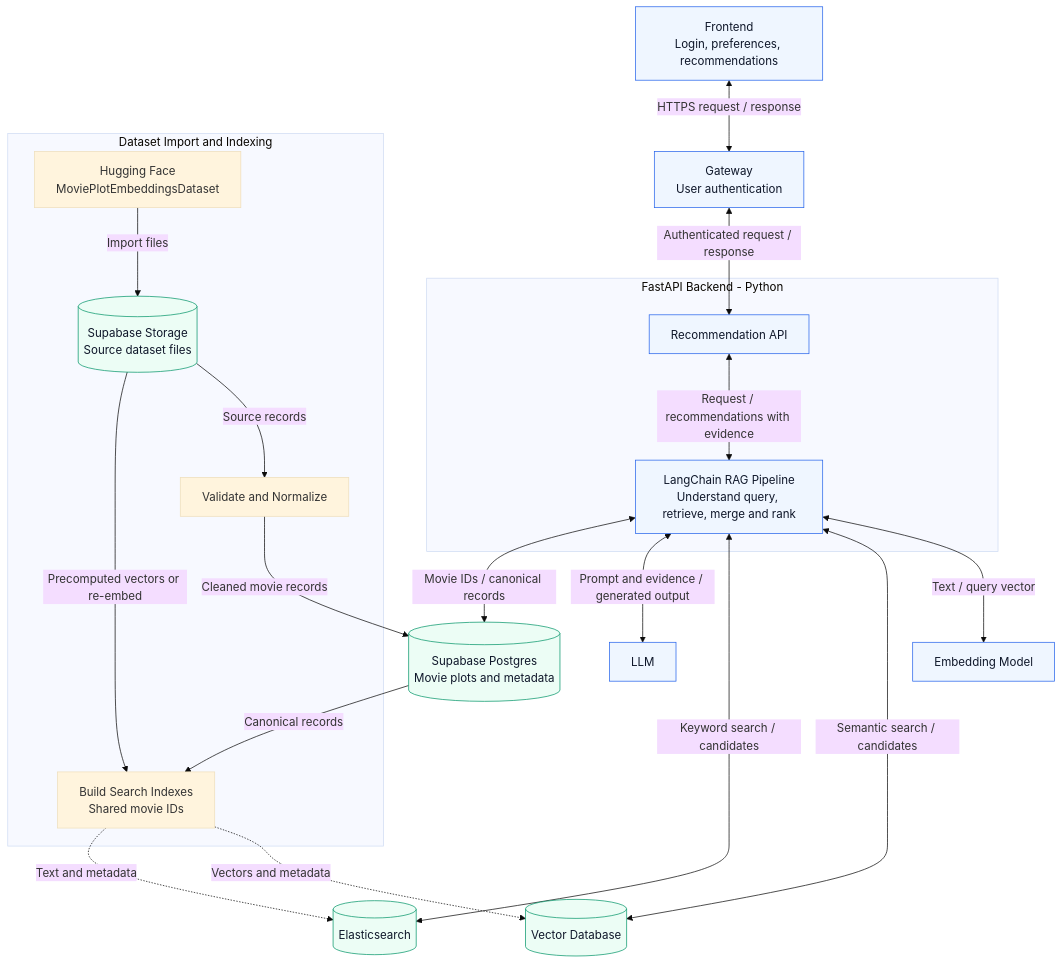
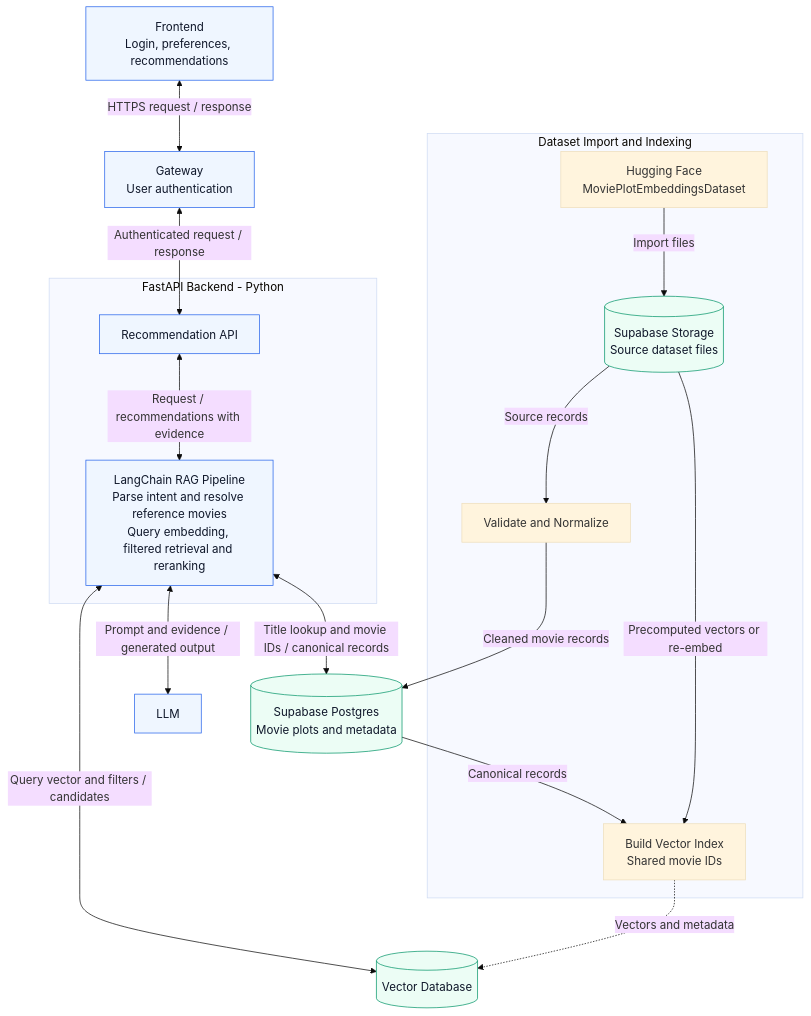
Before and after one commit to Ed1sonL1-byte/v-me-50: the diagram in figures/system-architecture.mmd, drawn with Mermaid (base theme). The commit also changed 3 other files, not shown here.

Commit message:
Simplify retrieval architecture and document input processing

```diff
--- a/figures/system-architecture.mmd
+++ b/figures/system-architecture.mmd
@@ -1,34 +1,31 @@
 flowchart TB
     frontend["Frontend<br/>Login, preferences, recommendations"]
     gateway["Gateway<br/>User authentication"]
     subgraph backend["FastAPI Backend - Python"]
         api["Recommendation API"]
-        chain["LangChain RAG Pipeline<br/>Understand query, retrieve, merge and rank"]
+        chain["LangChain RAG Pipeline<br/>Parse intent and resolve reference movies<br/>Query embedding, filtered retrieval and reranking"]
         api <-->|Request / recommendations with evidence| chain
     end
     frontend <-->|HTTPS request / response| gateway
     gateway <-->|Authenticated request / response| api
-    chain <-->|Text / query vector| embedding["Embedding Model"]
-    chain <-->|Semantic search / candidates| vector[("Vector Database")]
-    chain <-->|Keyword search / candidates| elastic[("Elasticsearch")]
+    chain <-->|Query vector and filters / candidates| vector[("Vector Database")]
     chain <-->|Prompt and evidence / generated output| llm["LLM"]
-    chain <-->|Movie IDs / canonical records| postgres[("Supabase Postgres<br/>Movie plots and metadata")]
+    chain <-->|Title lookup and movie IDs / canonical records| postgres[("Supabase Postgres<br/>Movie plots and metadata")]
 
     subgraph ingestion["Dataset Import and Indexing"]
         dataset["Hugging Face<br/>MoviePlotEmbeddingsDataset"]
         storage[("Supabase Storage<br/>Source dataset files")]
         clean["Validate and Normalize"]
-        indexer["Build Search Indexes<br/>Shared movie IDs"]
+        indexer["Build Vector Index<br/>Shared movie IDs"]
         dataset -->|Import files| storage
         storage -->|Source records| clean
     end
     clean -->|Cleaned movie records| postgres
     postgres -->|Canonical records| indexer
     storage -->|Precomputed vectors or re-embed| indexer
     indexer -.->|Vectors and metadata| vector
-    indexer -.->|Text and metadata| elastic
 
     classDef service fill:#eff6ff,stroke:#2563eb,color:#0f172a
     classDef data fill:#ecfdf5,stroke:#059669,color:#0f172a
-    class frontend,gateway,api,chain,embedding,llm service
-    class vector,elastic,postgres,storage data
+    class frontend,gateway,api,chain,llm service
+    class vector,postgres,storage data
```
